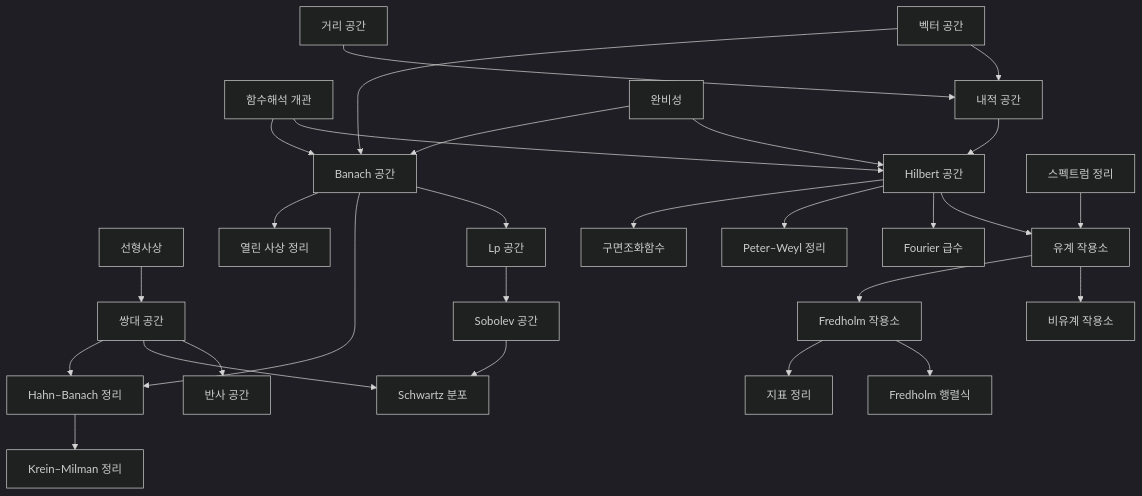
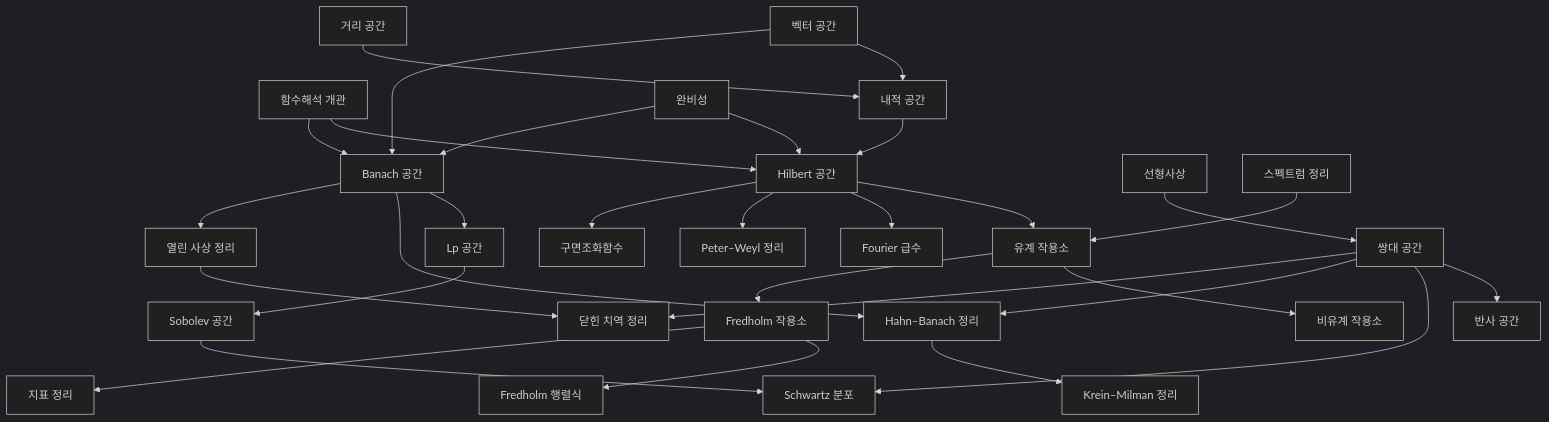
One commit to Phryxia/math-map changed the diagram in docs/functional-analysis-overview.md. Above: the diagram before and after it, drawn with Mermaid (dark theme). The commit also changed other lines of this file and 4 other files, not shown here.

````diff
--- a/docs/functional-analysis-overview.md
+++ b/docs/functional-analysis-overview.md
@@ -15,28 +15,30 @@
 ```mermaid
 graph TD
   FAO["함수해석 개관"] --> HS["Hilbert 공간"]
   FAO --> BS["Banach 공간"]
   VS["벡터 공간"] --> IPS["내적 공간"]
   MS["거리 공간"] --> IPS
   COMP["완비성"] --> HS
   IPS --> HS
   COMP --> BS
   VS --> BS
   LM["선형사상"] --> DS["쌍대 공간"]
   BS --> LPS["Lp 공간"] --> SOB["Sobolev 공간"] --> SD["Schwartz 분포"]
   DS --> RF["반사 공간"]
   DS --> SD
   BS --> HB["Hahn–Banach 정리"]
   DS --> HB
   HB --> KM["Krein–Milman 정리"]
   BS --> OMT["열린 사상 정리"]
+  OMT --> CRT["닫힌 치역 정리"]
+  DS --> CRT
   HS --> BO["유계 작용소"]
   ST["스펙트럼 정리"] --> BO
   BO --> UBO["비유계 작용소"]
   BO --> FO["Fredholm 작용소"]
   FO --> FD["Fredholm 행렬식"]
   FO --> IT["지표 정리"]
   HS --> FS["Fourier 급수"]
   HS --> PW["Peter–Weyl 정리"]
   HS --> SH["구면조화함수"]
 ```
````
